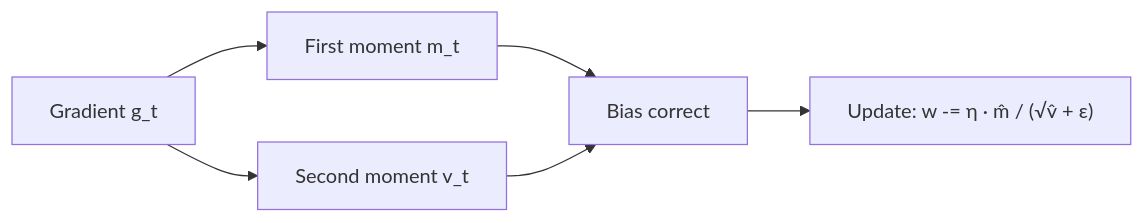
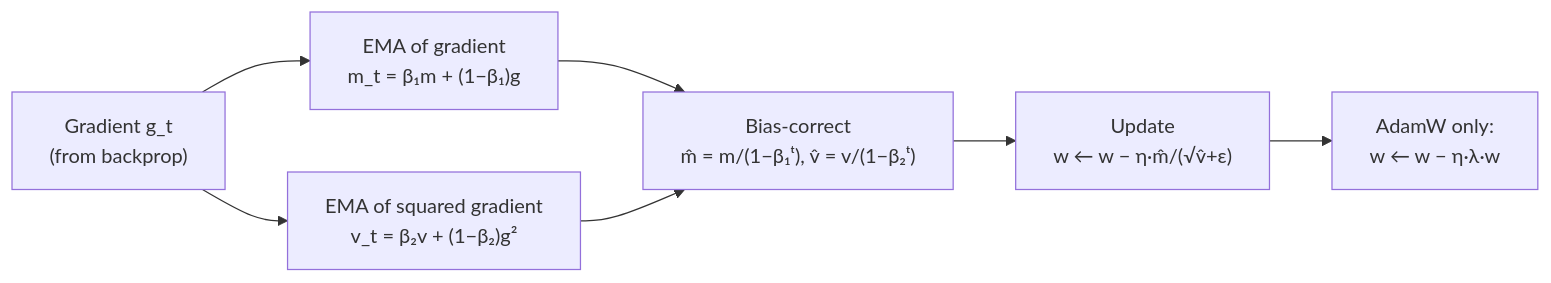
The first of 3 diagrams in roadmap/phase-2-deep-learning/05-optimizers.md (ABHIRAM3007/itp), drawn with Mermaid before and after one commit. The commit also changed other lines of this file and 19 other files, not shown here.

````diff
--- a/roadmap/phase-2-deep-learning/05-optimizers.md
+++ b/roadmap/phase-2-deep-learning/05-optimizers.md
@@ -71,8 +150,9 @@
 ```mermaid
 flowchart LR
-    G["Gradient g_t"] --> M["First moment m_t"]
-    G --> V["Second moment v_t"]
-    M --> BC["Bias correct"]
+    G["Gradient g_t<br/>(from backprop)"] --> M["EMA of gradient<br/>m_t = β₁m + (1−β₁)g"]
+    G --> V["EMA of squared gradient<br/>v_t = β₂v + (1−β₂)g²"]
+    M --> BC["Bias-correct<br/>m̂ = m/(1−β₁ᵗ), v̂ = v/(1−β₂ᵗ)"]
     V --> BC
-    BC --> U["Update: w -= η · m̂ / (√v̂ + ε)"]
+    BC --> U["Update<br/>w ← w − η·m̂/(√v̂+ε)"]
+    U --> WD["AdamW only:<br/>w ← w − η·λ·w"]
 ```
````
